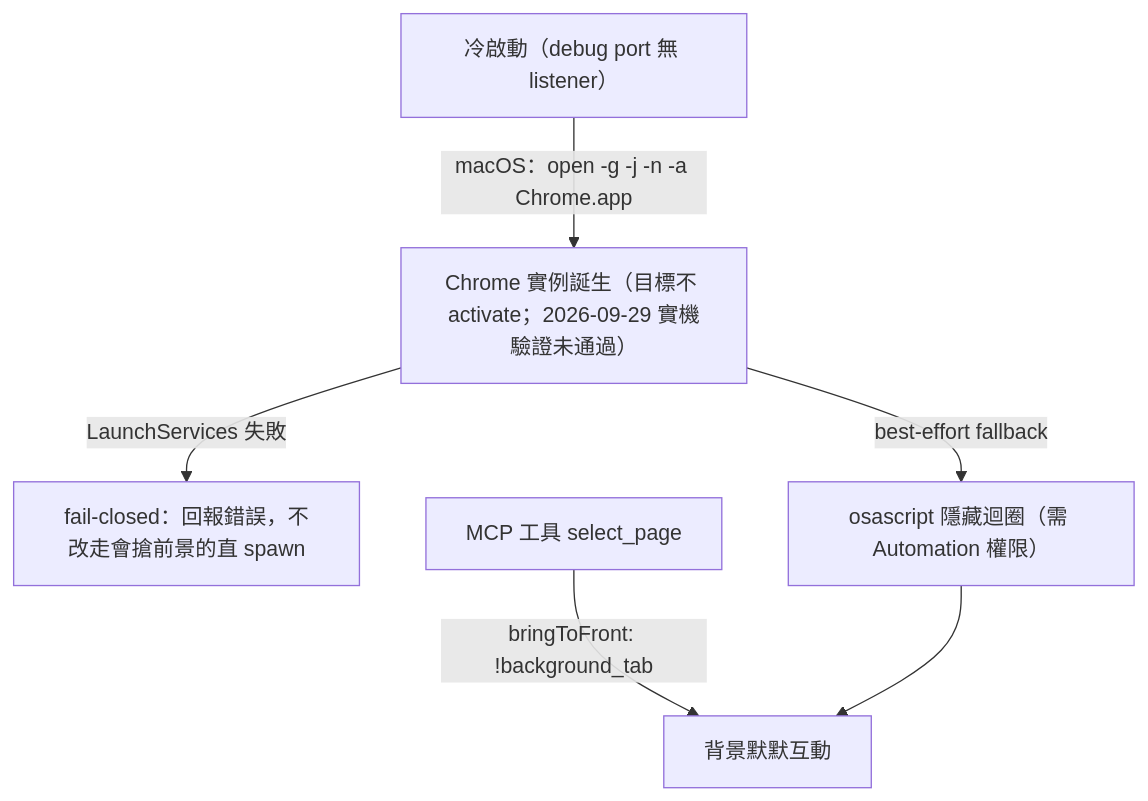
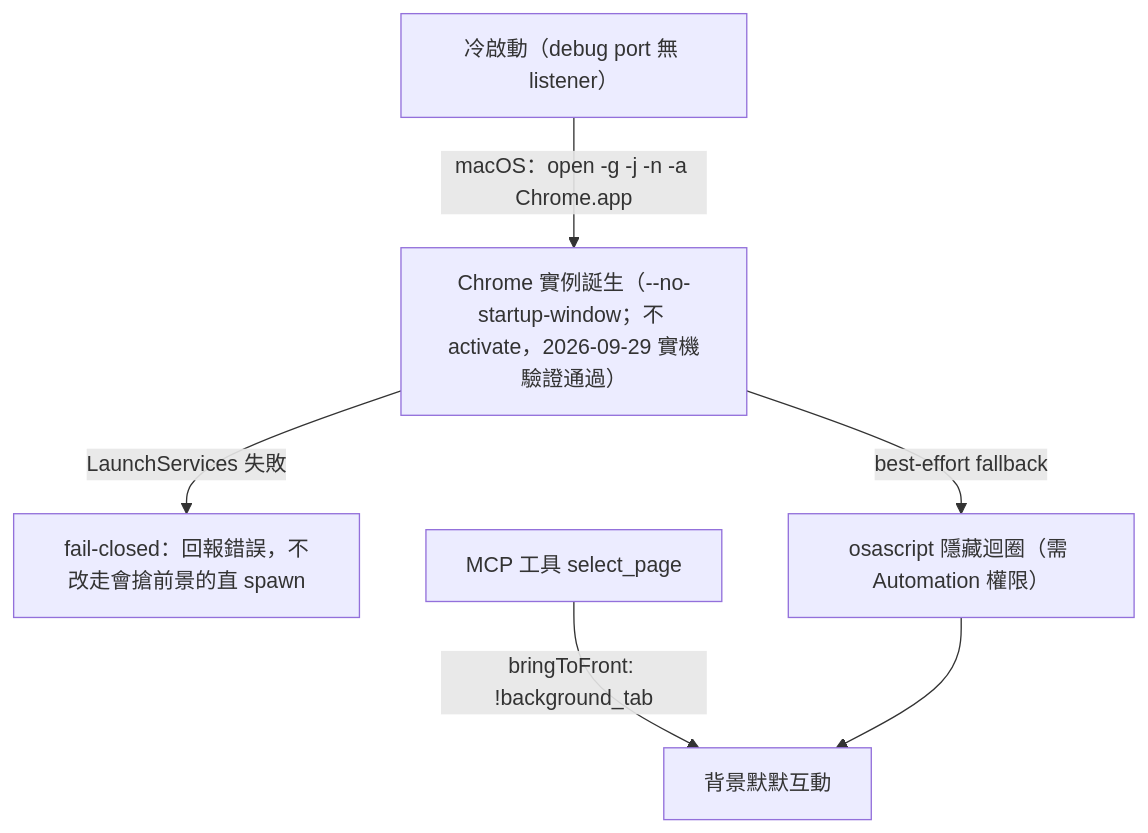
The diagram in docs/headless-techniques.md (s9008129/ask-bridge), drawn with Mermaid before and after one commit. The commit also changed other lines of this file and 4 other files, not shown here.

First line of the commit message:
fix(chrome): 冷啟動加 --no-startup-window，實機焦點驗證 PASS

````diff
--- a/docs/headless-techniques.md
+++ b/docs/headless-techniques.md
@@ -39,8 +39,8 @@
 ```mermaid
 graph TD
-    A["冷啟動（debug port 無 listener）"] -->|"macOS：open -g -j -n -a Chrome.app"| B["Chrome 實例誕生（目標不 activate；2026-09-29 實機驗證未通過）"]
+    A["冷啟動（debug port 無 listener）"] -->|"macOS：open -g -j -n -a Chrome.app"| B["Chrome 實例誕生（--no-startup-window；不 activate，2026-09-29 實機驗證通過）"]
     B -->|"LaunchServices 失敗"| X[fail-closed：回報錯誤，不改走會搶前景的直 spawn]
     B -->|"best-effort fallback"| C["osascript 隱藏迴圈（需 Automation 權限）"]
     F["MCP 工具 select_page"] -->|"bringToFront: !background_tab"| G[背景默默互動]
     C --> G
 ```
````
